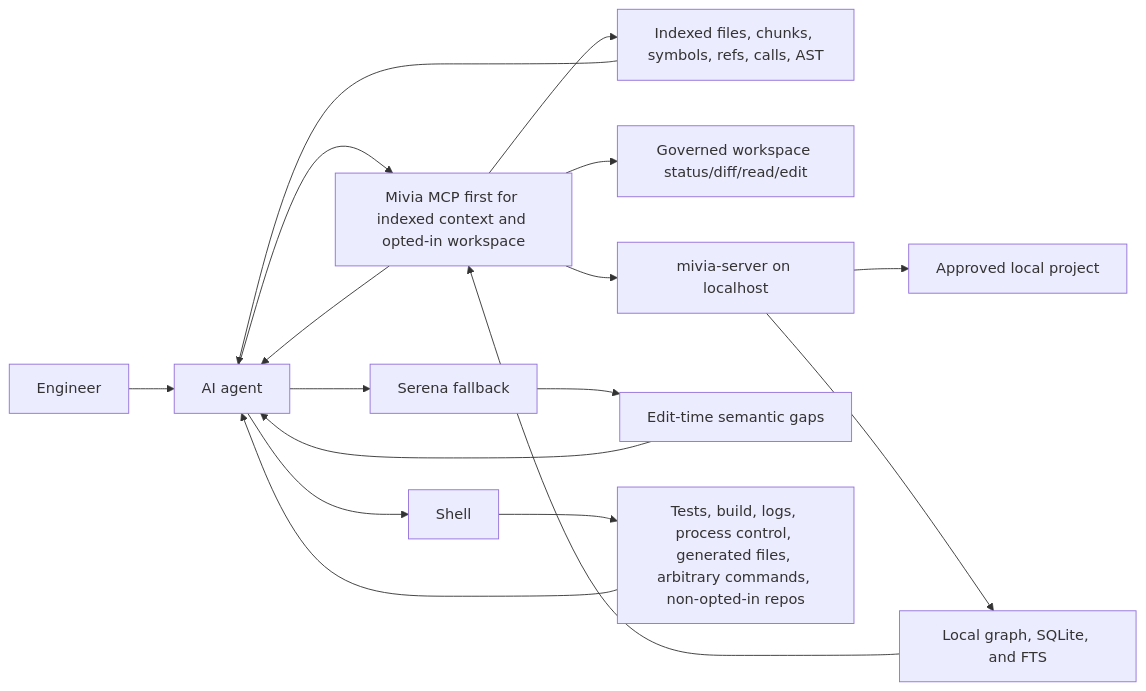
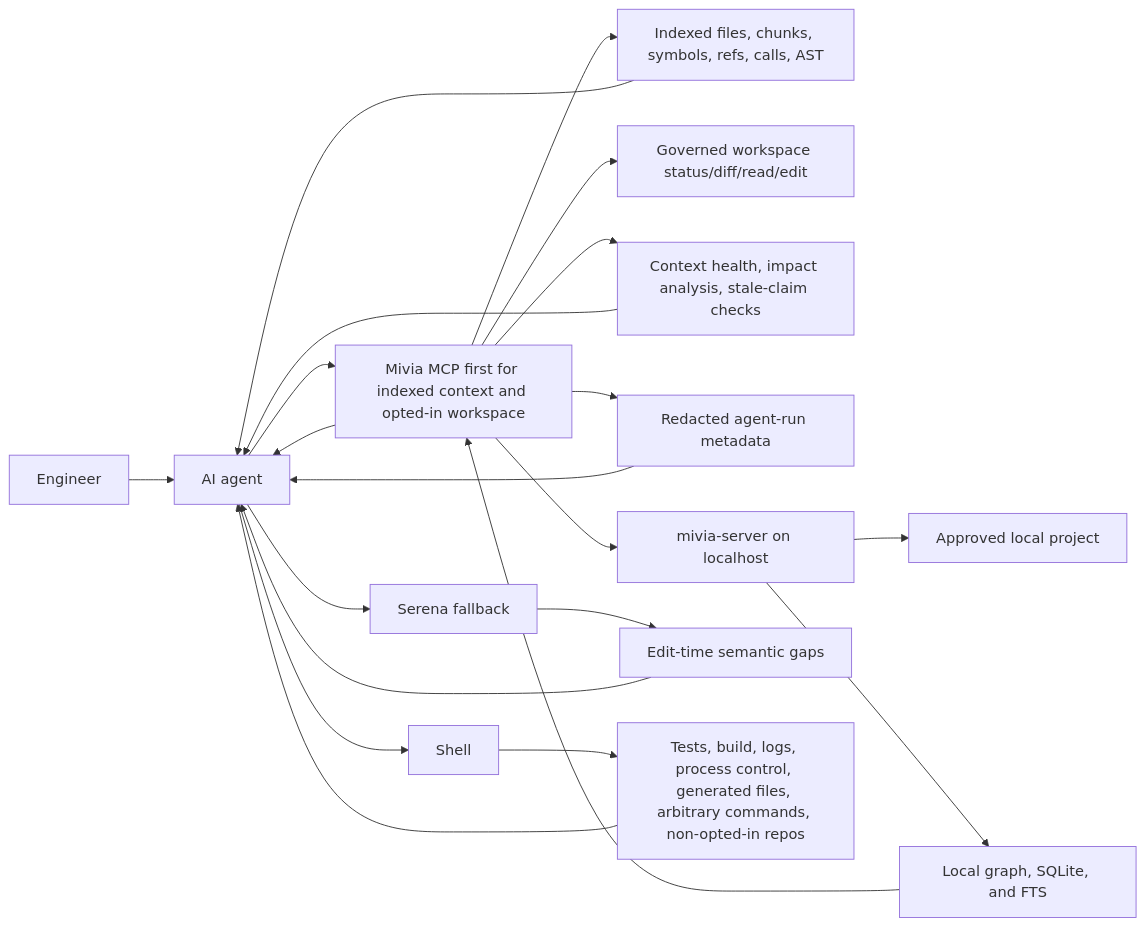
The diagram in docs/agent-context-guide.md (MiviaLabs/go-mivia), drawn with Mermaid before and after one commit. The commit also changed other lines of this file and 23 other files, not shown here.

Commit message:
Add agent reliability MCP surfaces

````diff
--- a/docs/agent-context-guide.md
+++ b/docs/agent-context-guide.md
@@ -20,19 +20,23 @@
 ```mermaid
 flowchart LR
   Engineer["Engineer"] --> Agent["AI agent"]
   Agent --> MCP["Mivia MCP first for indexed context and opted-in workspace"]
   Agent --> Serena["Serena fallback"]
   Agent --> Shell["Shell"]
   MCP --> Indexed["Indexed files, chunks, symbols, refs, calls, AST"]
   MCP --> Workspace["Governed workspace status/diff/read/edit"]
+  MCP --> Reliability["Context health, impact analysis, stale-claim checks"]
+  MCP --> AgentRuns["Redacted agent-run metadata"]
   MCP --> Server["mivia-server on localhost"]
   Server --> Project["Approved local project"]
   Server --> Store["Local graph, SQLite, and FTS"]
   Store --> MCP
   Indexed --> Agent
+  Reliability --> Agent
+  AgentRuns --> Agent
   Serena --> Code["Edit-time semantic gaps"]
   Shell --> Disk["Tests, build, logs, process control, generated files, arbitrary commands, non-opted-in repos"]
   Code --> Agent
   Disk --> Agent
   MCP --> Agent
 ```
````
